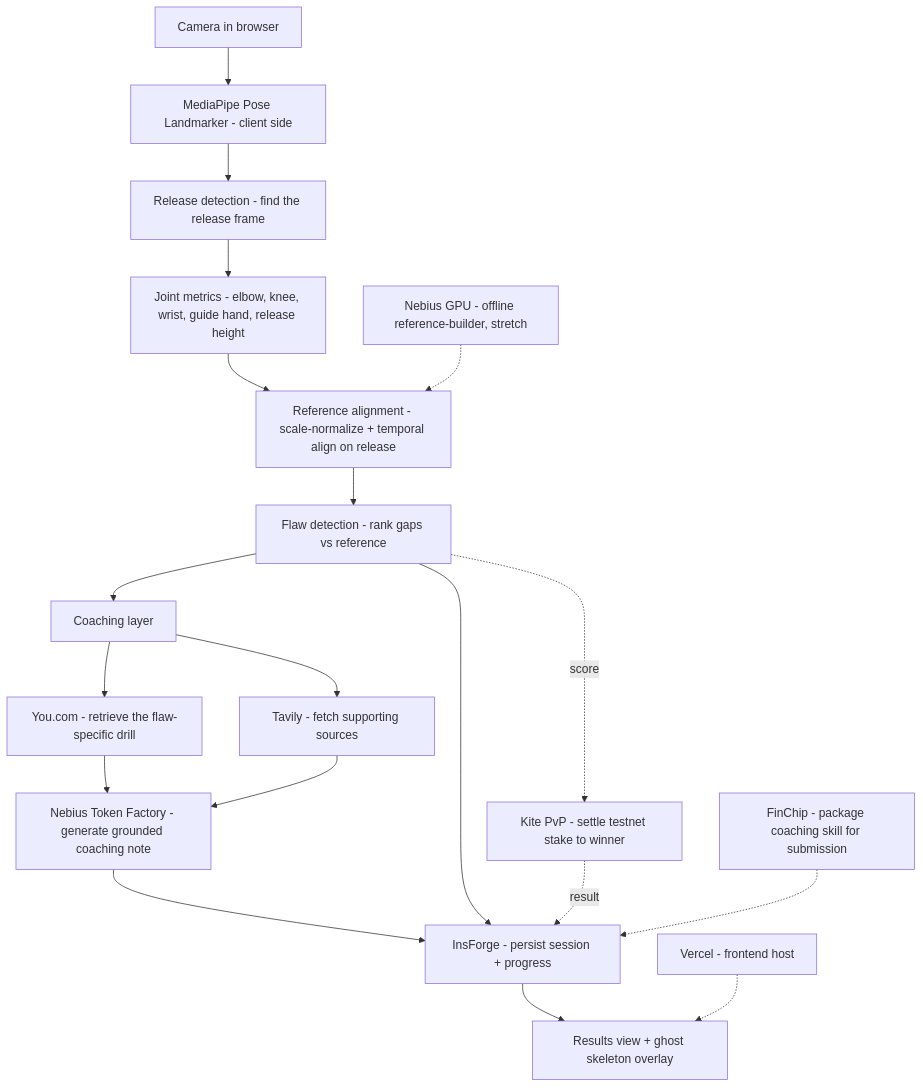
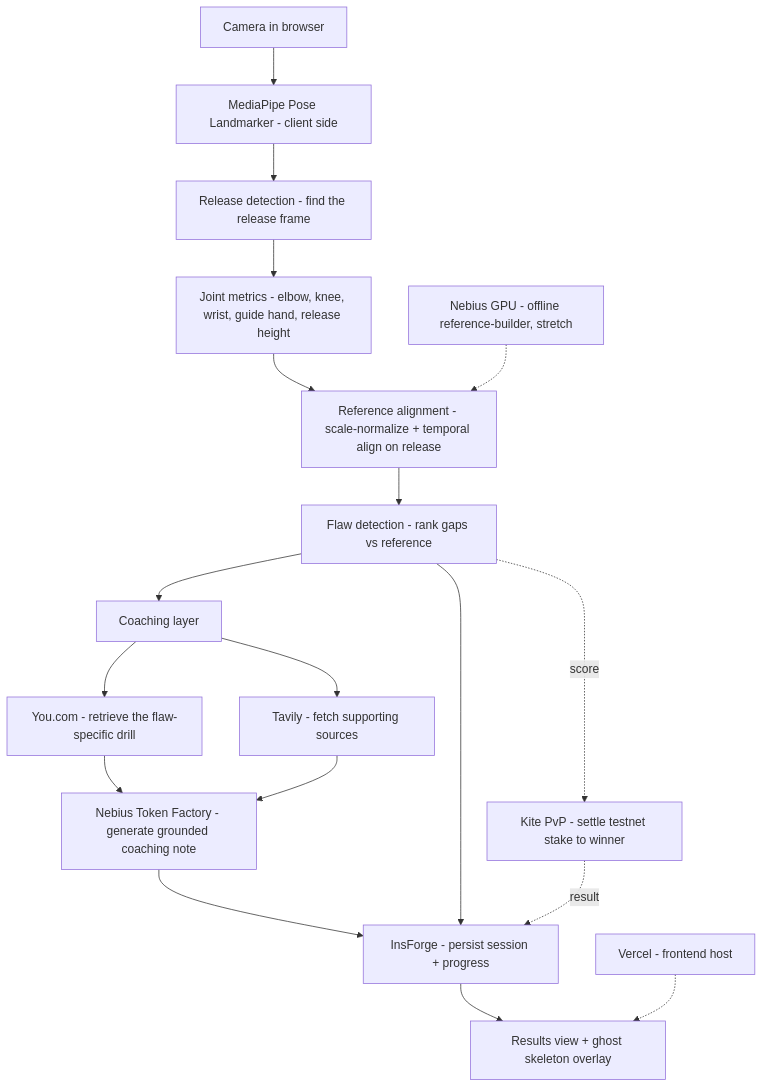
Before and after one commit to Ranj04/HackDay-Runpod: the diagram in docs/ARCHITECTURE.md, drawn with Mermaid. The commit also changed other lines of this file and 12 other files, not shown here.

````diff
--- a/docs/ARCHITECTURE.md
+++ b/docs/ARCHITECTURE.md
@@ -16,26 +16,25 @@
 ```mermaid
 flowchart TD
     cam[Camera in browser] --> pose[MediaPipe Pose Landmarker - client side]
     pose --> rel[Release detection - find the release frame]
     rel --> met[Joint metrics - elbow, knee, wrist, guide hand, release height]
     met --> align[Reference alignment - scale-normalize + temporal align on release]
     align --> flaw[Flaw detection - rank gaps vs reference]
 
     flaw --> coach[Coaching layer]
     coach --> you[You.com - retrieve the flaw-specific drill]
     coach --> tav[Tavily - fetch supporting sources]
     you --> gen[Nebius Token Factory - generate grounded coaching note]
     tav --> gen
     gen --> persist[InsForge - persist session + progress]
     flaw --> persist
     persist --> results[Results view + ghost skeleton overlay]
 
     %% Side branch: player-vs-player on-chain stake
     flaw -. score .-> pvp[Kite PvP - settle testnet stake to winner]
     pvp -. result .-> persist
 
-    %% Infra / submission rails
+    %% Infra
     host[Vercel - frontend host] -.-> results
     refbuild[Nebius GPU - offline reference-builder, stretch] -.-> align
-    finchip[FinChip - package coaching skill for submission] -.-> persist
 ```
````
